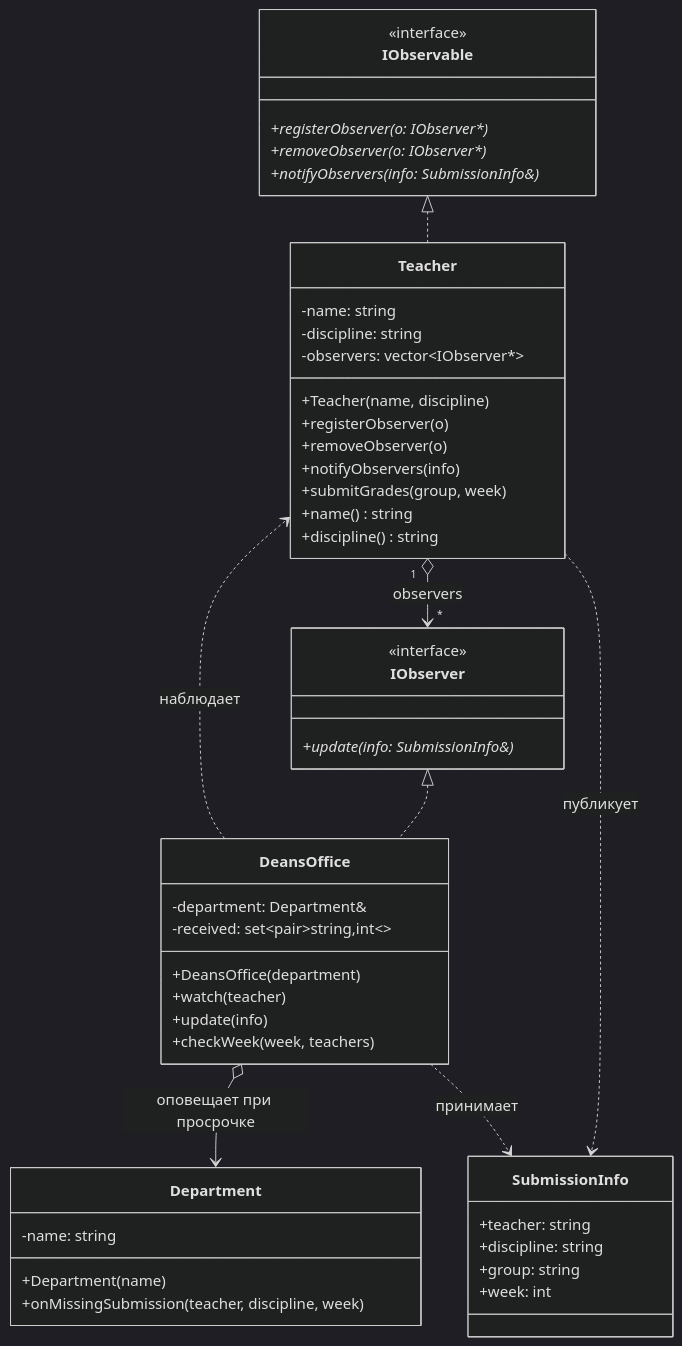
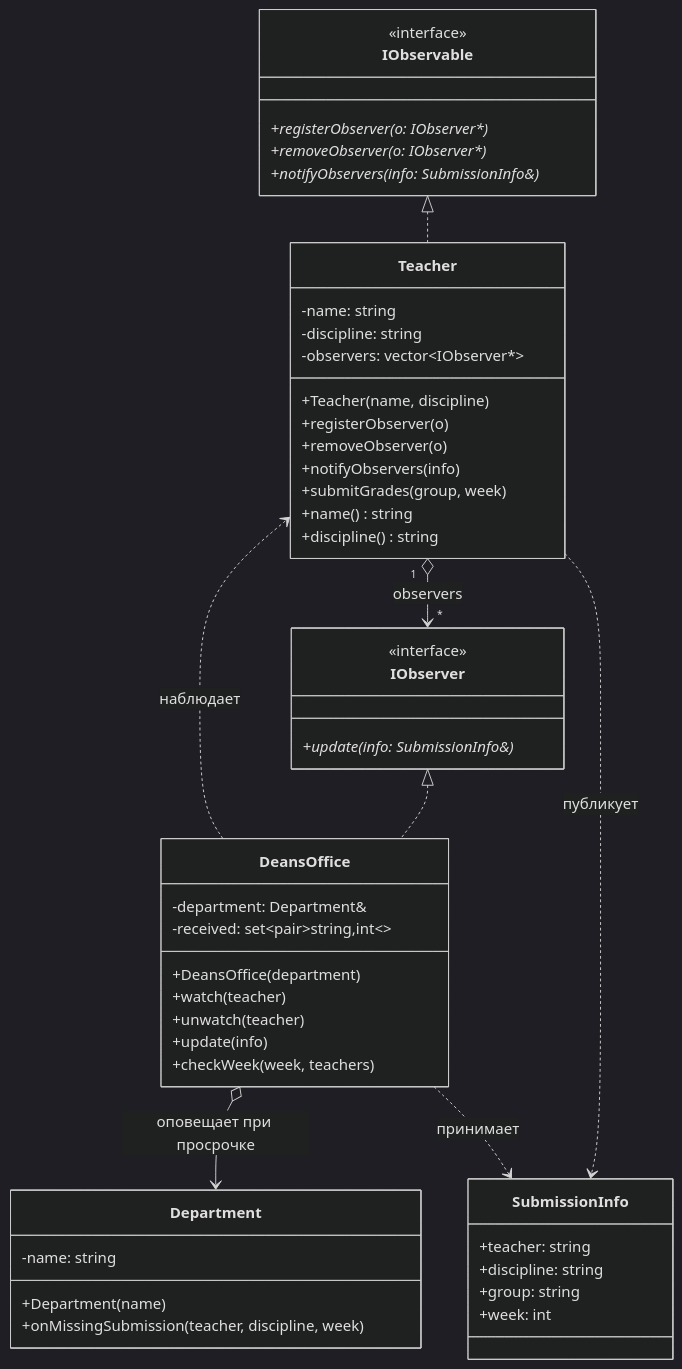
One commit to ivan-aleschin/uni changed the first of 2 diagrams in software-architecture/lab-6/README.md. Above: the diagram before and after it, drawn with Mermaid (dark theme). The commit also changed other lines of this file and 3 other files, not shown here.

````diff
--- a/software-architecture/lab-6/README.md
+++ b/software-architecture/lab-6/README.md
@@ -49,57 +49,58 @@
 ```mermaid
 classDiagram
     class IObservable {
         <<interface>>
         +registerObserver(o: IObserver*)*
         +removeObserver(o: IObserver*)*
         +notifyObservers(info: SubmissionInfo&)*
     }
 
     class IObserver {
         <<interface>>
         +update(info: SubmissionInfo&)*
     }
 
     class SubmissionInfo {
         +teacher: string
         +discipline: string
         +group: string
         +week: int
     }
 
     class Teacher {
         -name: string
         -discipline: string
         -observers: vector~IObserver*~
         +Teacher(name, discipline)
         +registerObserver(o)
         +removeObserver(o)
         +notifyObservers(info)
         +submitGrades(group, week)
         +name() string
         +discipline() string
     }
 
     class DeansOffice {
         -department: Department&
         -received: set~pair~string,int~~
         +DeansOffice(department)
         +watch(teacher)
+        +unwatch(teacher)
         +update(info)
         +checkWeek(week, teachers)
     }
 
     class Department {
         -name: string
         +Department(name)
         +onMissingSubmission(teacher, discipline, week)
     }
 
     IObservable <|.. Teacher
     IObserver <|.. DeansOffice
     Teacher "1" o--> "*" IObserver : observers
     DeansOffice ..> Teacher : наблюдает
     DeansOffice o--> Department : оповещает при просрочке
     Teacher ..> SubmissionInfo : публикует
     DeansOffice ..> SubmissionInfo : принимает
 ```
````
